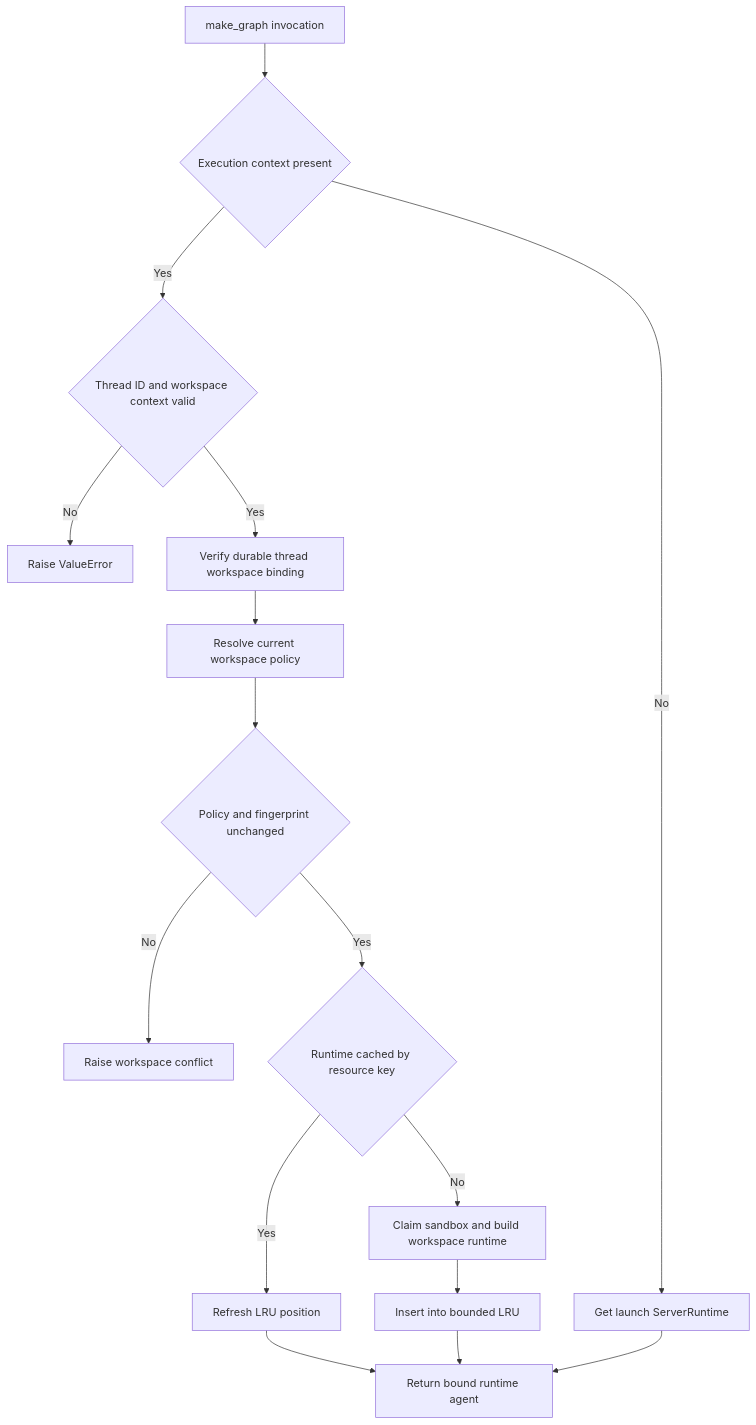
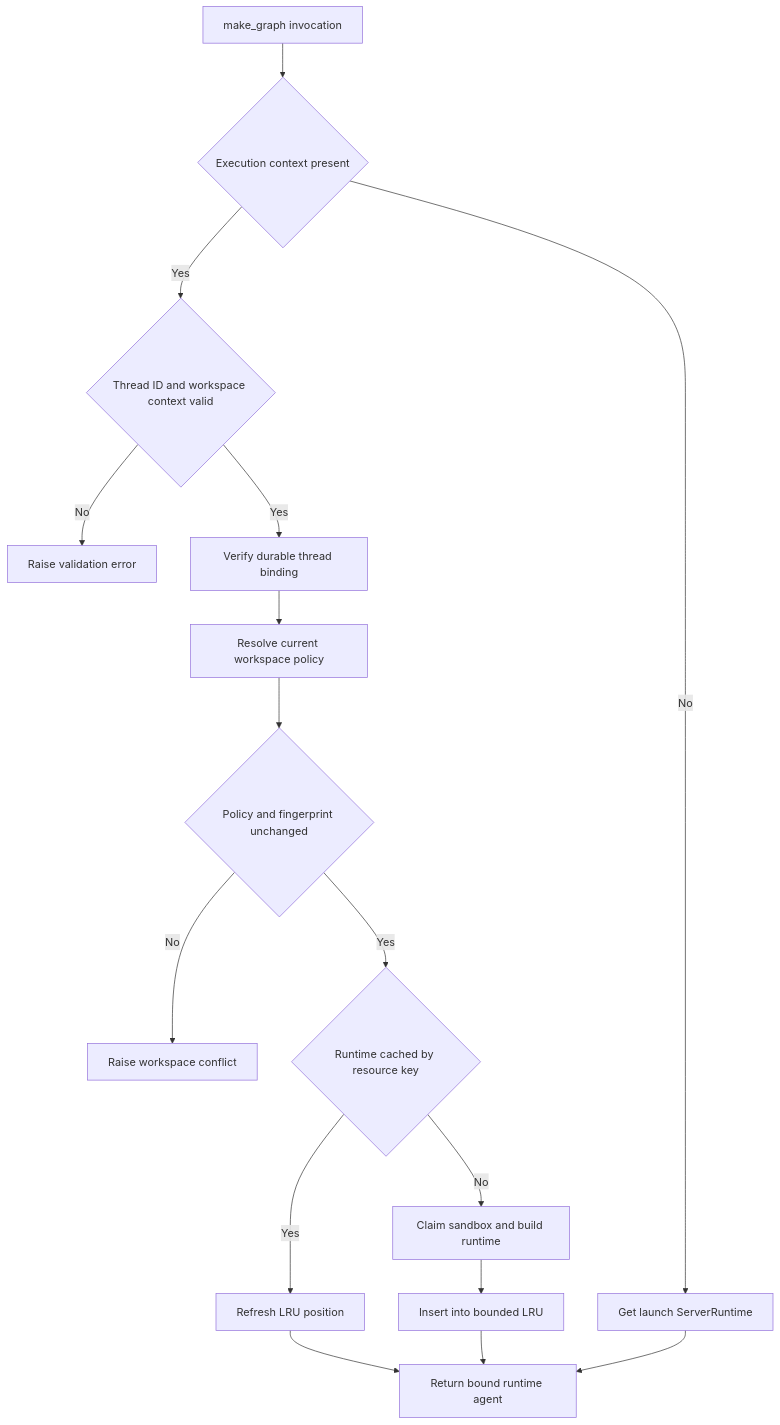
One commit to langchain-ai/deepagents changed the second of 2 diagrams in openwiki/architecture/runtime-behavior.md. Above: the diagram before and after it, drawn with Mermaid. The commit also changed other lines of this file and 39 other files, not shown here.

````diff
--- a/openwiki/architecture/runtime-behavior.md
+++ b/openwiki/architecture/runtime-behavior.md
@@ -78,18 +83,18 @@
 ```mermaid
 flowchart TD
     Request["make_graph invocation"] --> HasExecution{"Execution context present"}
     HasExecution -- No --> Launch["Get launch ServerRuntime"]
     HasExecution -- Yes --> Valid{"Thread ID and workspace context valid"}
-    Valid -- No --> Reject["Raise ValueError"]
-    Valid -- Yes --> Binding["Verify durable thread workspace binding"]
+    Valid -- No --> Reject["Raise validation error"]
+    Valid -- Yes --> Binding["Verify durable thread binding"]
     Binding --> Policy["Resolve current workspace policy"]
     Policy --> Drift{"Policy and fingerprint unchanged"}
     Drift -- No --> Conflict["Raise workspace conflict"]
     Drift -- Yes --> Cache{"Runtime cached by resource key"}
     Cache -- Yes --> Touch["Refresh LRU position"]
     Touch --> Agent["Return bound runtime agent"]
-    Cache -- No --> Build["Claim sandbox and build workspace runtime"]
+    Cache -- No --> Build["Claim sandbox and build runtime"]
     Build --> Store["Insert into bounded LRU"]
     Store --> Agent
     Launch --> Agent
 ```
````
